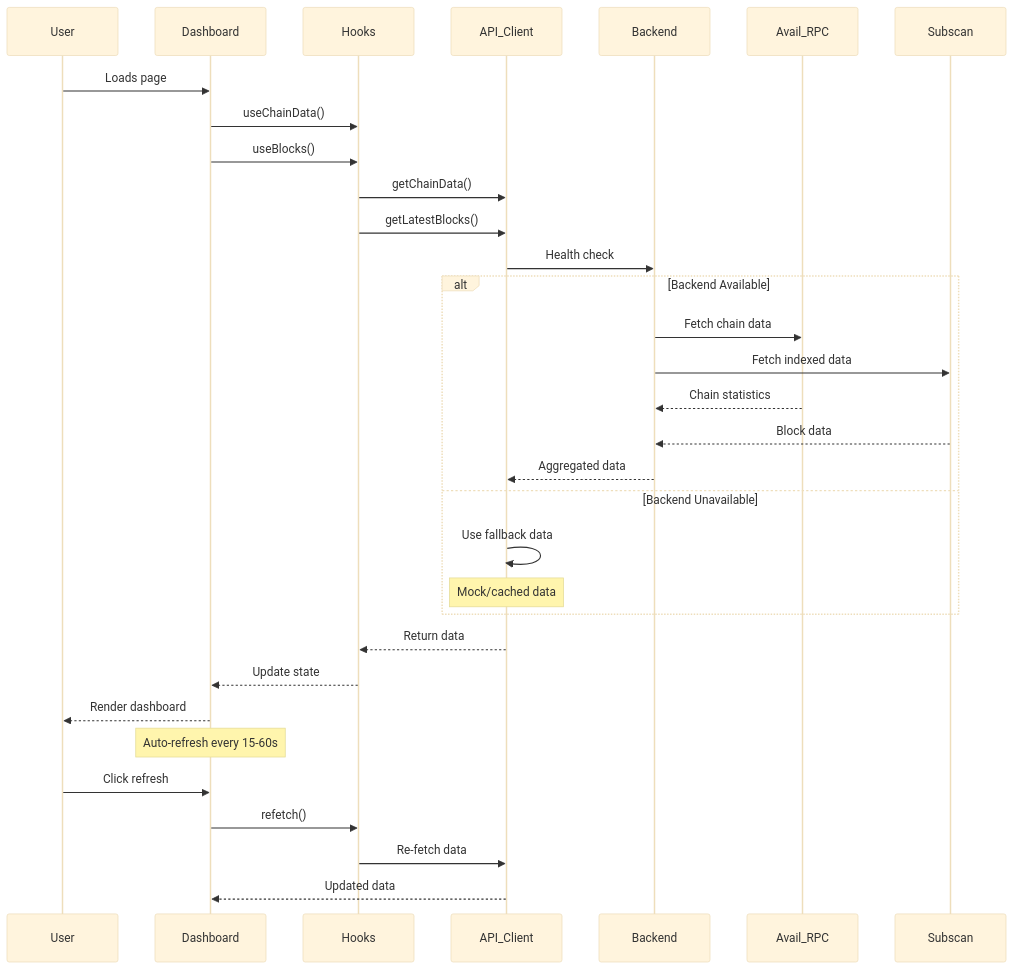
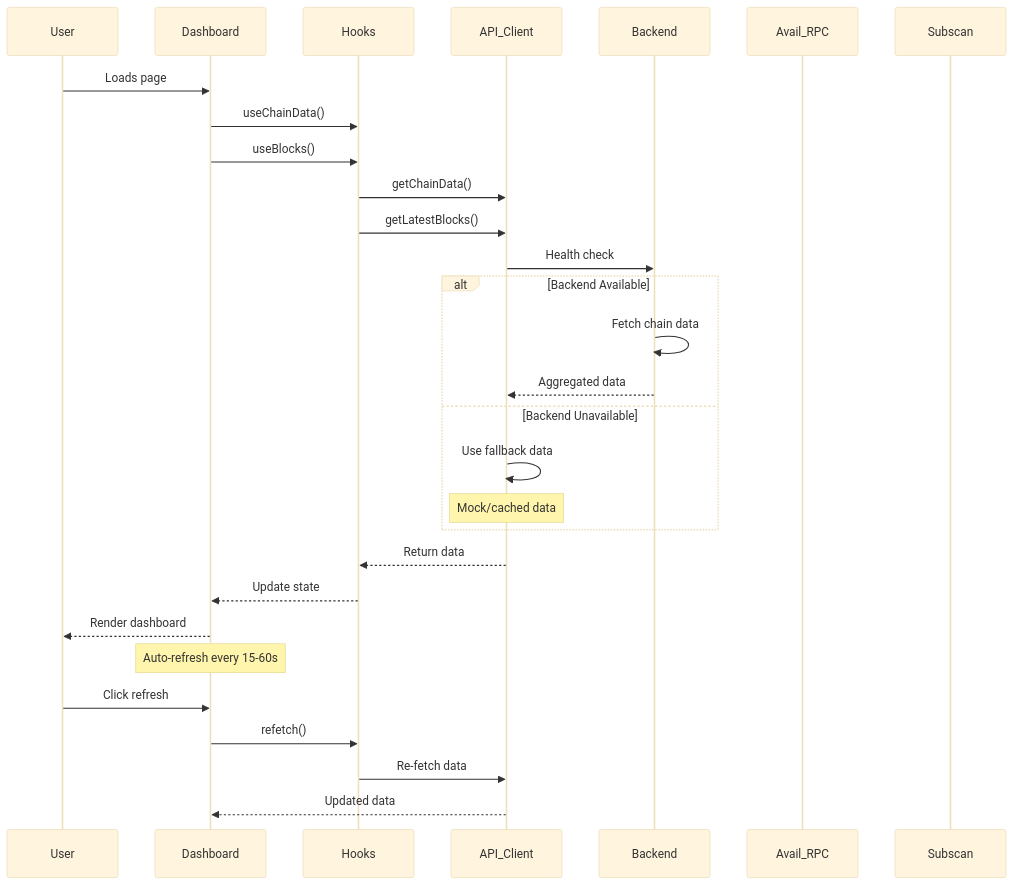
Before and after one commit to avail-dashboard/web: the third of 5 diagrams in AI Documentation/Project_Architecture_Diagram.md, drawn with Mermaid (base theme). The commit also changed other lines of this file and 14 other files, not shown here.

````diff
--- a/AI Documentation/Project_Architecture_Diagram.md
+++ b/AI Documentation/Project_Architecture_Diagram.md
@@ -197,41 +192,38 @@
 ```mermaid
 sequenceDiagram
     participant User
     participant Dashboard
     participant Hooks
     participant API_Client
     participant Backend
     participant Avail_RPC
     participant Subscan
 
     User->>Dashboard: Loads page
     Dashboard->>Hooks: useChainData()
     Dashboard->>Hooks: useBlocks()
 
     Hooks->>API_Client: getChainData()
     Hooks->>API_Client: getLatestBlocks()
 
     API_Client->>Backend: Health check
 
     alt Backend Available
-        Backend->>Avail_RPC: Fetch chain data
-        Backend->>Subscan: Fetch indexed data
-        Avail_RPC-->>Backend: Chain statistics
-        Subscan-->>Backend: Block data
+        Backend->>Backend: Fetch chain data
         Backend-->>API_Client: Aggregated data
     else Backend Unavailable
         API_Client->>API_Client: Use fallback data
         Note over API_Client: Mock/cached data
     end
 
     API_Client-->>Hooks: Return data
     Hooks-->>Dashboard: Update state
     Dashboard-->>User: Render dashboard
 
     Note over Dashboard: Auto-refresh every 15-60s
 
     User->>Dashboard: Click refresh
     Dashboard->>Hooks: refetch()
     Hooks->>API_Client: Re-fetch data
     API_Client-->>Dashboard: Updated data
 ```
````
